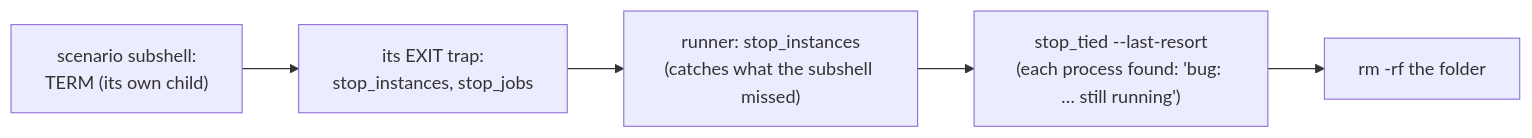
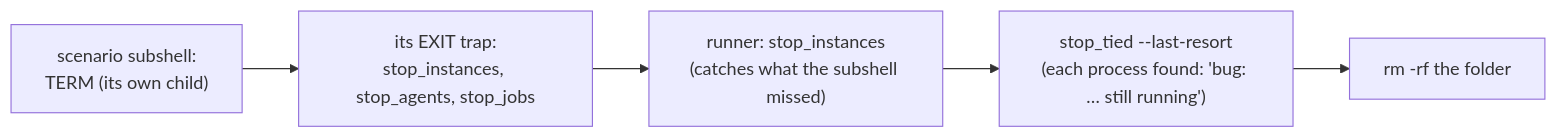
Before and after one commit to tampopogk/kanna: the diagram in docs/specs/e2e-cleanup.md, drawn with Mermaid. The commit also changed other lines of this file and 3 other files, not shown here.

````diff
--- a/docs/specs/e2e-cleanup.md
+++ b/docs/specs/e2e-cleanup.md
@@ -34,7 +34,7 @@
 ```mermaid
 flowchart LR
-    A["scenario subshell:<br/>TERM (its own child)"] --> B["its EXIT trap:<br/>stop_instances, stop_jobs"]
+    A["scenario subshell:<br/>TERM (its own child)"] --> B["its EXIT trap:<br/>stop_instances, stop_agents, stop_jobs"]
     B --> C["runner: stop_instances<br/>(catches what the subshell missed)"]
     C --> D["stop_tied --last-resort<br/>(each process found: 'bug: … still running')"]
     D --> E["rm -rf the folder"]
 ```
````
